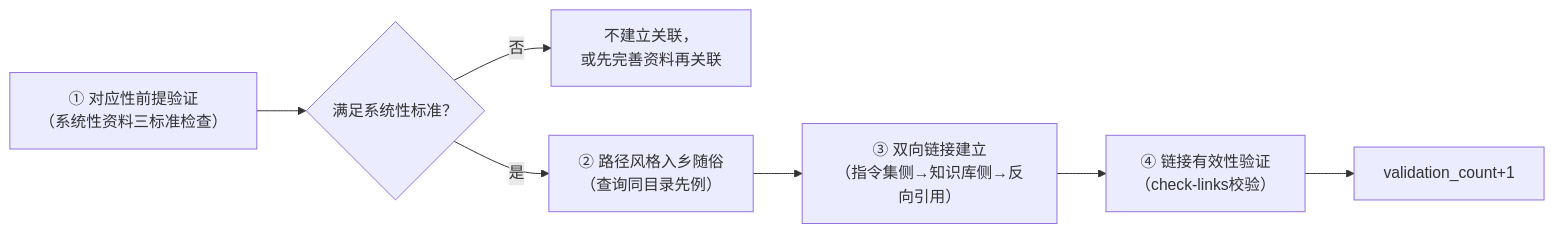
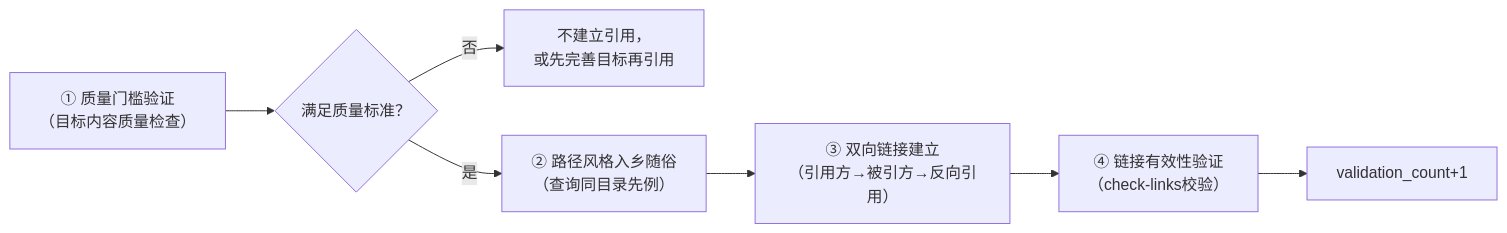
The diagram in docs/retrospective/patterns/methodology-patterns/governance-strategy/spec-reference-validation.md (xinetzone/SpecWeave), drawn with Mermaid before and after one commit. The commit also changed other lines of this file and 6 other files, not shown here.

````diff
--- a/docs/retrospective/patterns/methodology-patterns/governance-strategy/spec-reference-validation.md
+++ b/docs/retrospective/patterns/methodology-patterns/governance-strategy/spec-reference-validation.md
@@ -62,9 +62,9 @@
 ```mermaid
 flowchart LR
-    A["① 对应性前提验证<br/>（系统性资料三标准检查）"] --> B{"满足系统性标准？"}
-    B -->|否| C["不建立关联，<br/>或先完善资料再关联"]
+    A["① 质量门槛验证<br/>（目标内容质量检查）"] --> B{"满足质量标准？"}
+    B -->|否| C["不建立引用，<br/>或先完善目标再引用"]
     B -->|是| D["② 路径风格入乡随俗<br/>（查询同目录先例）"]
-    D --> E["③ 双向链接建立<br/>（指令集侧→知识库侧→反向引用）"]
+    D --> E["③ 双向链接建立<br/>（引用方→被引方→反向引用）"]
     E --> F["④ 链接有效性验证<br/>（check-links校验）"]
     F --> G["validation_count+1"]
 ```
````
